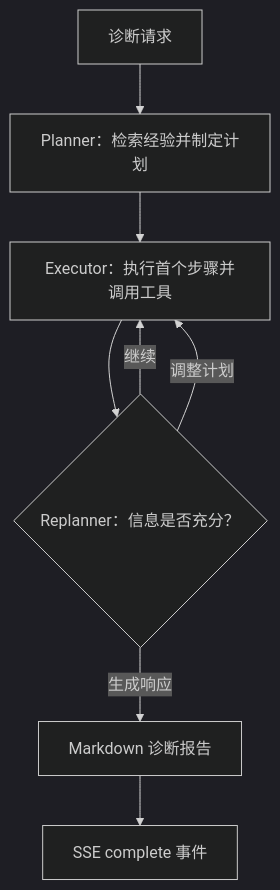
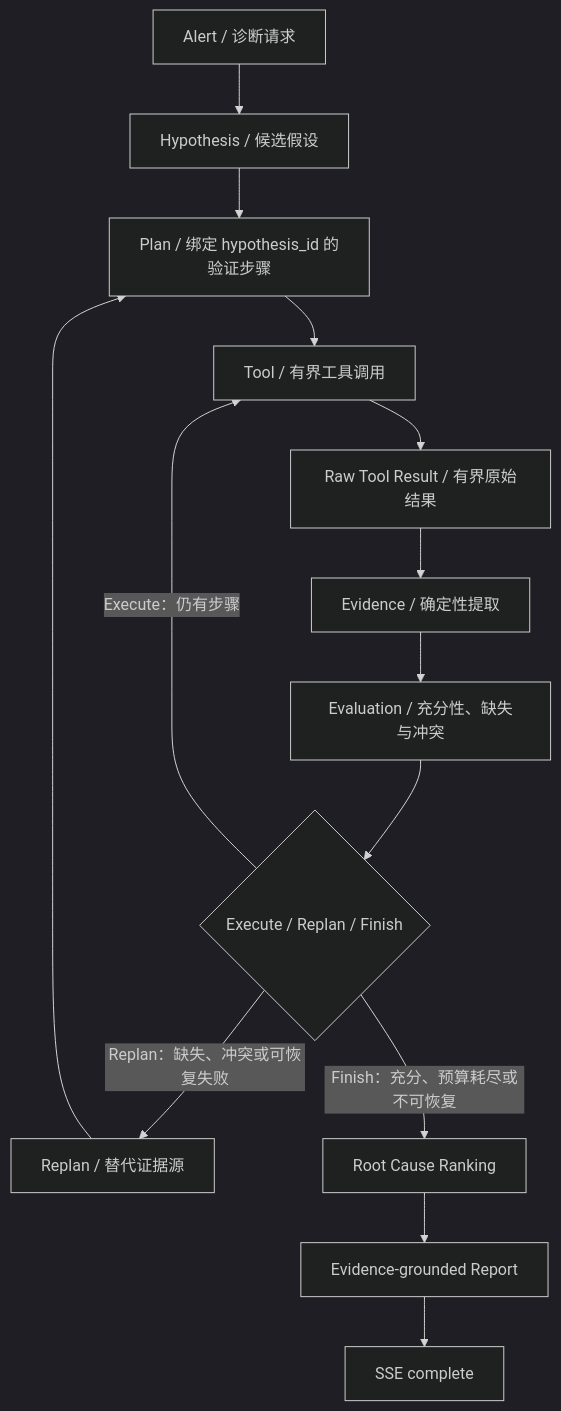
The third of 3 diagrams in README.md (hanghopetofly-coder/OpsPilot), drawn with Mermaid (dark theme) before and after one commit. The commit also changed other lines of this file and 43 other files, not shown here.

````diff
--- a/README.md
+++ b/README.md
@@ -99,10 +99,16 @@
 ```mermaid
 flowchart TD
-    START["诊断请求"] --> PLAN["Planner：检索经验并制定计划"]
-    PLAN --> EXEC["Executor：执行首个步骤并调用工具"]
-    EXEC --> REPLAN{"Replanner：信息是否充分？"}
-    REPLAN -->|"继续"| EXEC
-    REPLAN -->|"调整计划"| EXEC
-    REPLAN -->|"生成响应"| REPORT["Markdown 诊断报告"]
-    REPORT --> END["SSE complete 事件"]
+    ALERT["Alert / 诊断请求"] --> HYP["Hypothesis / 候选假设"]
+    HYP --> PLAN["Plan / 绑定 hypothesis_id 的验证步骤"]
+    PLAN --> TOOL["Tool / 有界工具调用"]
+    TOOL --> RAW["Raw Tool Result / 有界原始结果"]
+    RAW --> EVIDENCE["Evidence / 确定性提取"]
+    EVIDENCE --> EVALUATION["Evaluation / 充分性、缺失与冲突"]
+    EVALUATION --> DECISION{"Execute / Replan / Finish"}
+    DECISION -->|"Execute：仍有步骤"| TOOL
+    DECISION -->|"Replan：缺失、冲突或可恢复失败"| REPLAN["Replan / 替代证据源"]
+    REPLAN --> PLAN
+    DECISION -->|"Finish：充分、预算耗尽或不可恢复"| RANK["Root Cause Ranking"]
+    RANK --> REPORT["Evidence-grounded Report"]
+    REPORT --> END["SSE complete"]
 ```
````
